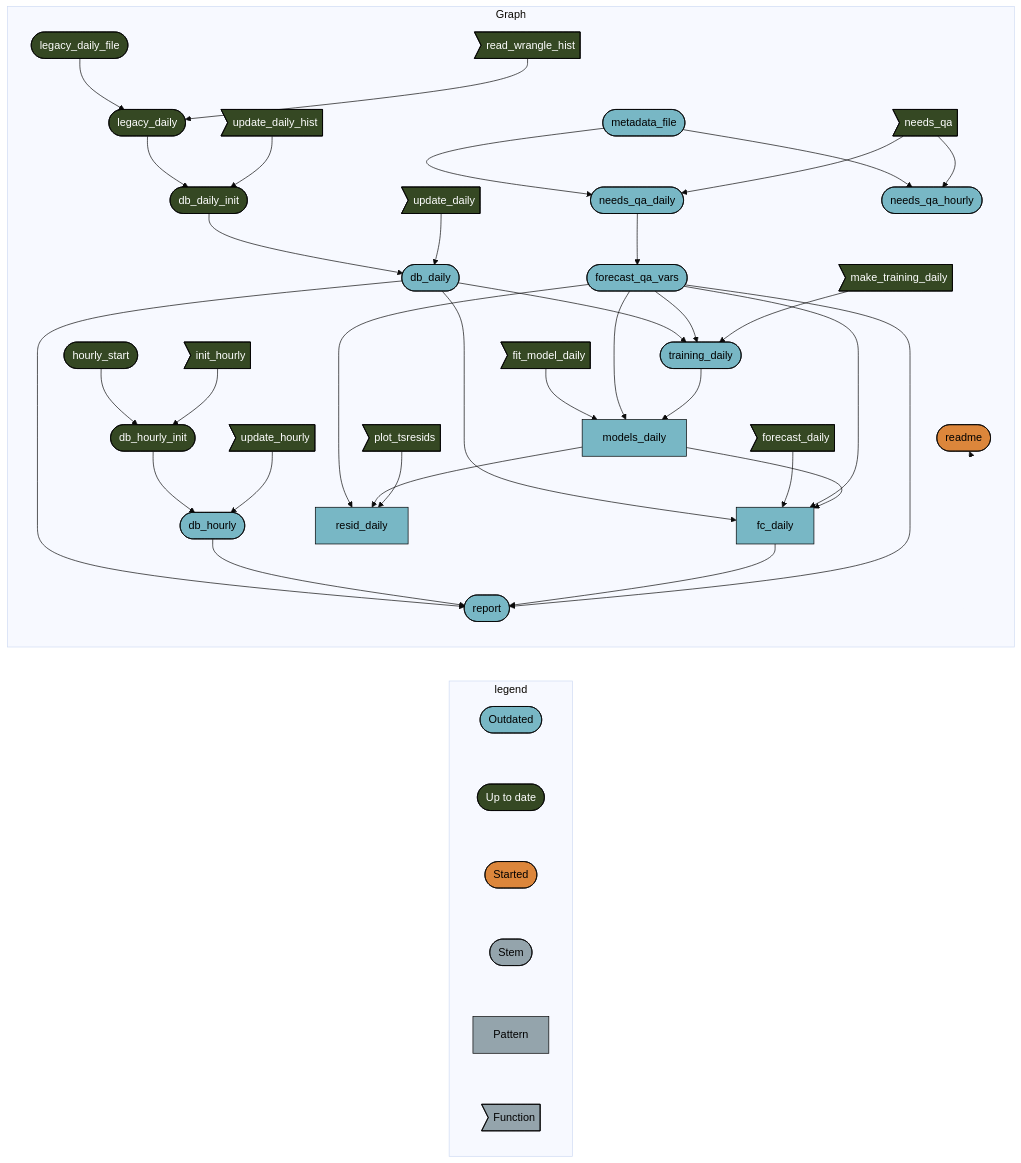
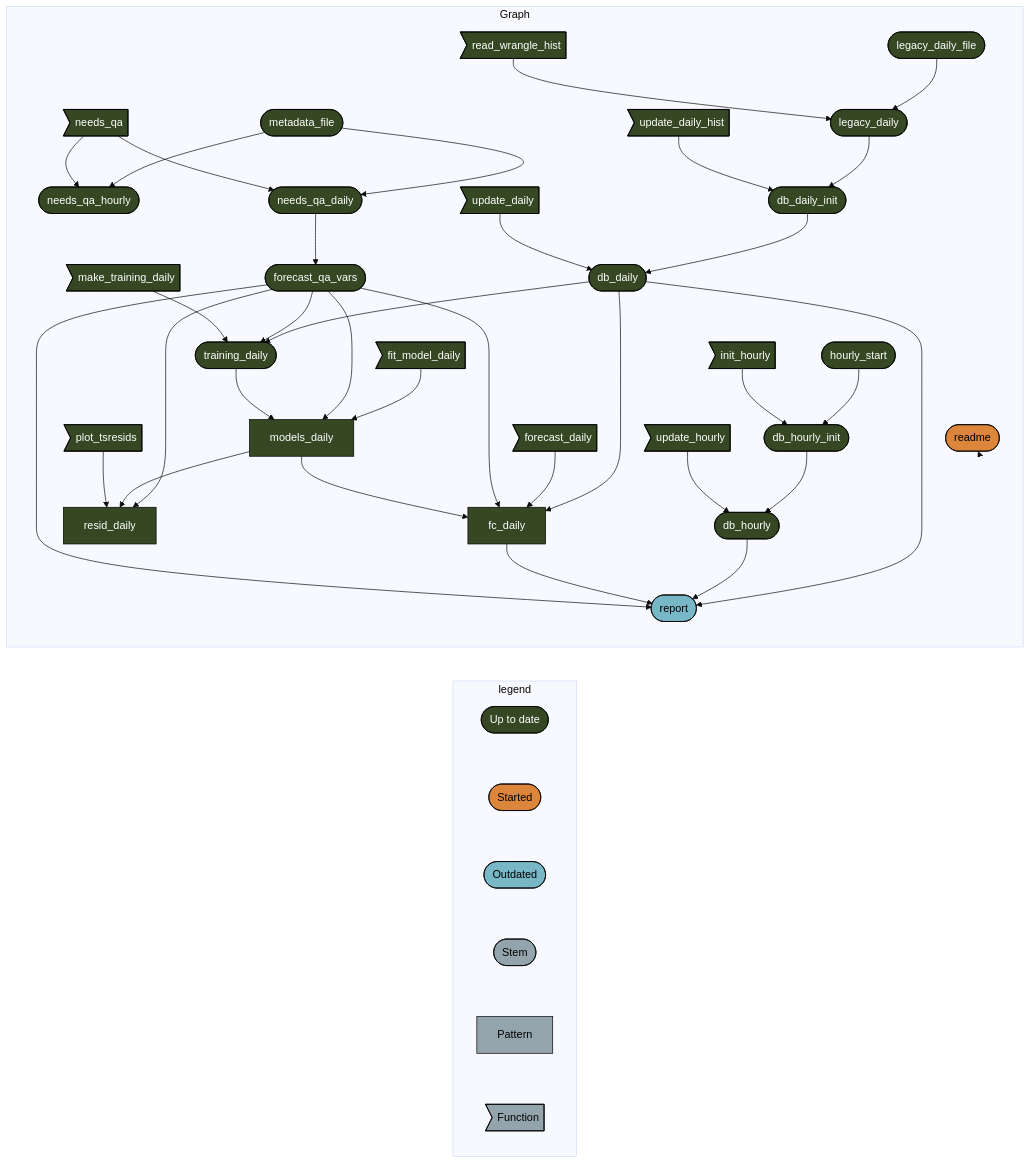
The diagram in README.md (uace-azmet/azmet-forecast-qa), drawn with Mermaid (base theme) before and after one commit. The commit also changed other lines of this file and 27 other files, not shown here.

````diff
--- a/README.md
+++ b/README.md
@@ -31,55 +31,55 @@
 ``` mermaid
 graph LR
   subgraph legend
-    x0a52b03877696646([""Outdated""]):::outdated --- x7420bd9270f8d27d([""Up to date""]):::uptodate
     x7420bd9270f8d27d([""Up to date""]):::uptodate --- x5b3426b4c7fa7dbc([""Started""]):::started
-    x5b3426b4c7fa7dbc([""Started""]):::started --- xbf4603d6c2c2ad6b([""Stem""]):::none
+    x5b3426b4c7fa7dbc([""Started""]):::started --- x0a52b03877696646([""Outdated""]):::outdated
+    x0a52b03877696646([""Outdated""]):::outdated --- xbf4603d6c2c2ad6b([""Stem""]):::none
     xbf4603d6c2c2ad6b([""Stem""]):::none --- x70a5fa6bea6f298d[""Pattern""]:::none
     x70a5fa6bea6f298d[""Pattern""]:::none --- xf0bce276fe2b9d3e>""Function""]:::none
   end
   subgraph Graph
+    x3d7b2a2ab5636113(["metadata_file"]):::uptodate --> xac2ac35653724b54(["needs_qa_hourly"]):::uptodate
+    x06ab7116eed66f15>"needs_qa"]:::uptodate --> xac2ac35653724b54(["needs_qa_hourly"]):::uptodate
+    xba07353683c5dbf8(["db_hourly_init"]):::uptodate --> xf4a7af7aeef4f182(["db_hourly"]):::uptodate
+    x967af66f8b51e317>"update_hourly"]:::uptodate --> xf4a7af7aeef4f182(["db_hourly"]):::uptodate
     xff9b736edef41c8b(["legacy_daily"]):::uptodate --> x1cab041545db0886(["db_daily_init"]):::uptodate
     x8b3096a190996662>"update_daily_hist"]:::uptodate --> x1cab041545db0886(["db_daily_init"]):::uptodate
-    x44bd6feeb3fb18b4(["db_daily"]):::outdated --> xe0fba61fbc506510(["report"]):::outdated
-    xf4a7af7aeef4f182(["db_hourly"]):::outdated --> xe0fba61fbc506510(["report"]):::outdated
-    xdd96ec4b0bb5ab6b["fc_daily"]:::outdated --> xe0fba61fbc506510(["report"]):::outdated
-    x601d3b0e7d261371(["forecast_qa_vars"]):::outdated --> xe0fba61fbc506510(["report"]):::outdated
-    x44bd6feeb3fb18b4(["db_daily"]):::outdated --> xdd96ec4b0bb5ab6b["fc_daily"]:::outdated
-    x4bc7352f98499683>"forecast_daily"]:::uptodate --> xdd96ec4b0bb5ab6b["fc_daily"]:::outdated
-    x601d3b0e7d261371(["forecast_qa_vars"]):::outdated --> xdd96ec4b0bb5ab6b["fc_daily"]:::outdated
-    x4d3c4dcfeadc796d["models_daily"]:::outdated --> xdd96ec4b0bb5ab6b["fc_daily"]:::outdated
-    x1f5572089e80d919>"fit_model_daily"]:::uptodate --> x4d3c4dcfeadc796d["models_daily"]:::outdated
-    x601d3b0e7d261371(["forecast_qa_vars"]):::outdated --> x4d3c4dcfeadc796d["models_daily"]:::outdated
-    x2c1f6f5234e92642(["training_daily"]):::outdated --> x4d3c4dcfeadc796d["models_daily"]:::outdated
     xd1a6dd314cda4831(["hourly_start"]):::uptodate --> xba07353683c5dbf8(["db_hourly_init"]):::uptodate
     x7a5743c959c496f9>"init_hourly"]:::uptodate --> xba07353683c5dbf8(["db_hourly_init"]):::uptodate
-    x1cab041545db0886(["db_daily_init"]):::uptodate --> x44bd6feeb3fb18b4(["db_daily"]):::outdated
-    xed180ed90a78526a>"update_daily"]:::uptodate --> x44bd6feeb3fb18b4(["db_daily"]):::outdated
-    xdfae9ea4e5207cef(["needs_qa_daily"]):::outdated --> x601d3b0e7d261371(["forecast_qa_vars"]):::outdated
+    x1cab041545db0886(["db_daily_init"]):::uptodate --> x44bd6feeb3fb18b4(["db_daily"]):::uptodate
+    xed180ed90a78526a>"update_daily"]:::uptodate --> x44bd6feeb3fb18b4(["db_daily"]):::uptodate
+    x44bd6feeb3fb18b4(["db_daily"]):::uptodate --> x2c1f6f5234e92642(["training_daily"]):::uptodate
+    x601d3b0e7d261371(["forecast_qa_vars"]):::uptodate --> x2c1f6f5234e92642(["training_daily"]):::uptodate
+    xe87583f9b9d152fa>"make_training_daily"]:::uptodate --> x2c1f6f5234e92642(["training_daily"]):::uptodate
+    x601d3b0e7d261371(["forecast_qa_vars"]):::uptodate --> x0bb4ecca77d3d4a0["resid_daily"]:::uptodate
+    x4d3c4dcfeadc796d["models_daily"]:::uptodate --> x0bb4ecca77d3d4a0["resid_daily"]:::uptodate
+    x10e889bcd8b0fd60>"plot_tsresids"]:::uptodate --> x0bb4ecca77d3d4a0["resid_daily"]:::uptodate
     x1920bdb737e11d2e(["legacy_daily_file"]):::uptodate --> xff9b736edef41c8b(["legacy_daily"]):::uptodate
     x842666df821db265>"read_wrangle_hist"]:::uptodate --> xff9b736edef41c8b(["legacy_daily"]):::uptodate
-    x601d3b0e7d261371(["forecast_qa_vars"]):::outdated --> x0bb4ecca77d3d4a0["resid_daily"]:::outdated
-    x4d3c4dcfeadc796d["models_daily"]:::outdated --> x0bb4ecca77d3d4a0["resid_daily"]:::outdated
-    x10e889bcd8b0fd60>"plot_tsresids"]:::uptodate --> x0bb4ecca77d3d4a0["resid_daily"]:::outdated
-    x3d7b2a2ab5636113(["metadata_file"]):::outdated --> xdfae9ea4e5207cef(["needs_qa_daily"]):::outdated
-    x06ab7116eed66f15>"needs_qa"]:::uptodate --> xdfae9ea4e5207cef(["needs_qa_daily"]):::outdated
-    xba07353683c5dbf8(["db_hourly_init"]):::uptodate --> xf4a7af7aeef4f182(["db_hourly"]):::outdated
-    x967af66f8b51e317>"update_hourly"]:::uptodate --> xf4a7af7aeef4f182(["db_hourly"]):::outdated
-    x44bd6feeb3fb18b4(["db_daily"]):::outdated --> x2c1f6f5234e92642(["training_daily"]):::outdated
-    x601d3b0e7d261371(["forecast_qa_vars"]):::outdated --> x2c1f6f5234e92642(["training_daily"]):::outdated
-    xe87583f9b9d152fa>"make_training_daily"]:::uptodate --> x2c1f6f5234e92642(["training_daily"]):::outdated
-    x3d7b2a2ab5636113(["metadata_file"]):::outdated --> xac2ac35653724b54(["needs_qa_hourly"]):::outdated
-    x06ab7116eed66f15>"needs_qa"]:::uptodate --> xac2ac35653724b54(["needs_qa_hourly"]):::outdated
+    x1f5572089e80d919>"fit_model_daily"]:::uptodate --> x4d3c4dcfeadc796d["models_daily"]:::uptodate
+    x601d3b0e7d261371(["forecast_qa_vars"]):::uptodate --> x4d3c4dcfeadc796d["models_daily"]:::uptodate
+    x2c1f6f5234e92642(["training_daily"]):::uptodate --> x4d3c4dcfeadc796d["models_daily"]:::uptodate
+    x44bd6feeb3fb18b4(["db_daily"]):::uptodate --> xdd96ec4b0bb5ab6b["fc_daily"]:::uptodate
+    x4bc7352f98499683>"forecast_daily"]:::uptodate --> xdd96ec4b0bb5ab6b["fc_daily"]:::uptodate
+    x601d3b0e7d261371(["forecast_qa_vars"]):::uptodate --> xdd96ec4b0bb5ab6b["fc_daily"]:::uptodate
+    x4d3c4dcfeadc796d["models_daily"]:::uptodate --> xdd96ec4b0bb5ab6b["fc_daily"]:::uptodate
+    x3d7b2a2ab5636113(["metadata_file"]):::uptodate --> xdfae9ea4e5207cef(["needs_qa_daily"]):::uptodate
+    x06ab7116eed66f15>"needs_qa"]:::uptodate --> xdfae9ea4e5207cef(["needs_qa_daily"]):::uptodate
+    xdfae9ea4e5207cef(["needs_qa_daily"]):::uptodate --> x601d3b0e7d261371(["forecast_qa_vars"]):::uptodate
+    x44bd6feeb3fb18b4(["db_daily"]):::uptodate --> xe0fba61fbc506510(["report"]):::outdated
+    xf4a7af7aeef4f182(["db_hourly"]):::uptodate --> xe0fba61fbc506510(["report"]):::outdated
+    xdd96ec4b0bb5ab6b["fc_daily"]:::uptodate --> xe0fba61fbc506510(["report"]):::outdated
+    x601d3b0e7d261371(["forecast_qa_vars"]):::uptodate --> xe0fba61fbc506510(["report"]):::outdated
     x6e52cb0f1668cc22(["readme"]):::started --> x6e52cb0f1668cc22(["readme"]):::started
   end
-  classDef outdated stroke:#000000,color:#000000,fill:#78B7C5;
   classDef uptodate stroke:#000000,color:#ffffff,fill:#354823;
   classDef started stroke:#000000,color:#000000,fill:#DC863B;
+  classDef outdated stroke:#000000,color:#000000,fill:#78B7C5;
   classDef none stroke:#000000,color:#000000,fill:#94a4ac;
   linkStyle 0 stroke-width:0px;
   linkStyle 1 stroke-width:0px;
   linkStyle 2 stroke-width:0px;
   linkStyle 3 stroke-width:0px;
   linkStyle 4 stroke-width:0px;
   linkStyle 37 stroke-width:0px;
 ```
````
